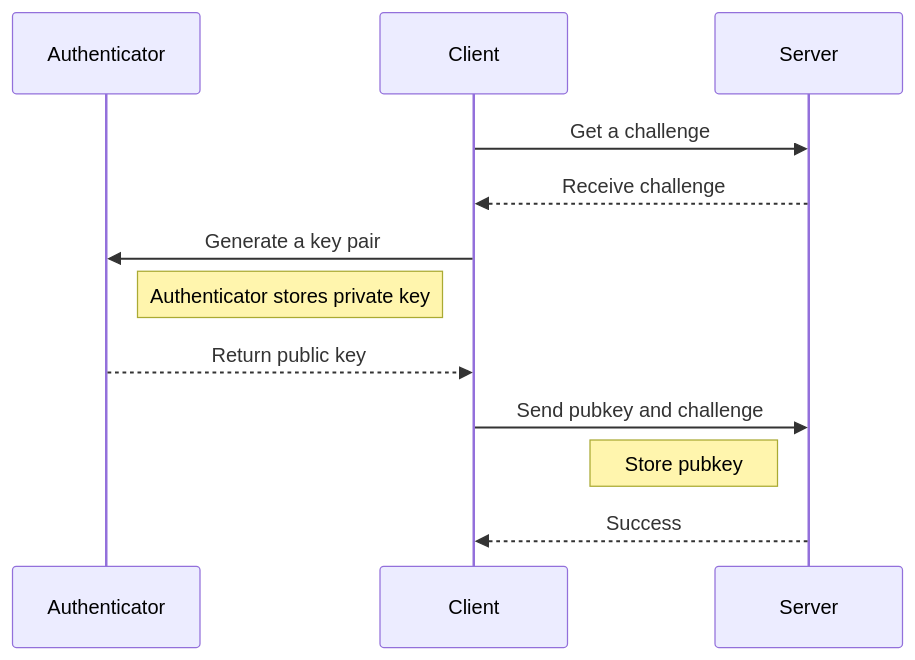
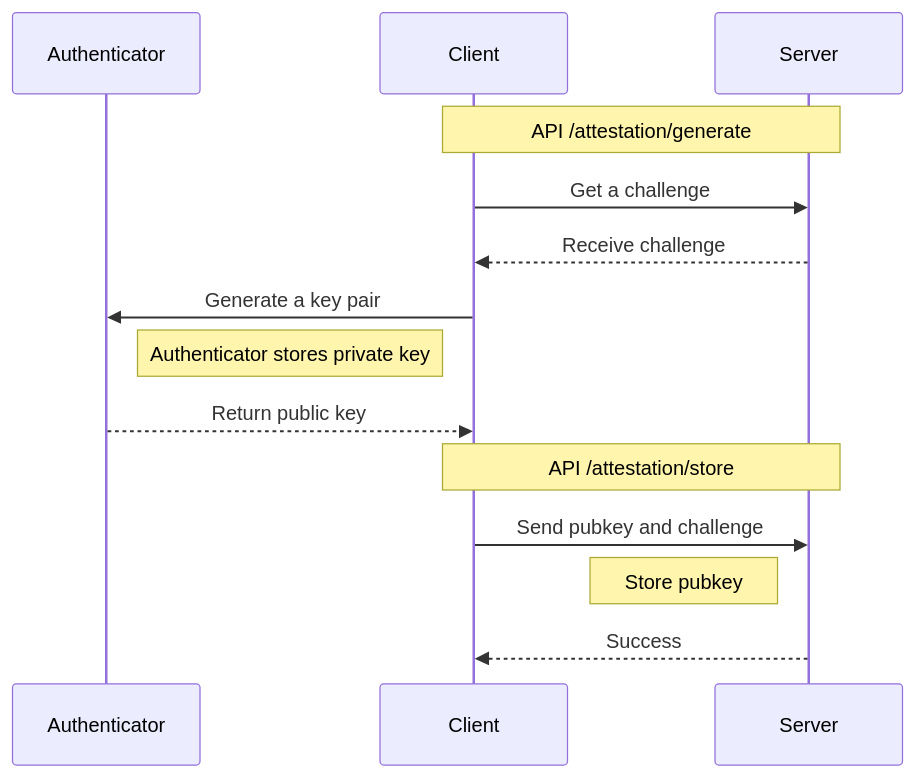
Before and after one commit to nealfennimore/passkeys: the first of 2 diagrams in README.md, drawn with Mermaid. The commit also changed other lines of this file, not shown here.

````diff
--- a/README.md
+++ b/README.md
@@ -18,18 +18,20 @@
 ```mermaid
 sequenceDiagram
 	participant A as Authenticator
 	participant C as Client
 	participant S as Server
 
 
+	note over C, S: API /attestation/generate
 	C ->> S: Get a challenge
 	S -->> C: Receive challenge
 
 	C ->> A: Generate a key pair
 	note right of A: Authenticator stores private key
 	A -->> C: Return public key
 
+	note over C, S: API /attestation/store
 	C ->> S: Send pubkey and challenge
 	note left of S: Store pubkey
 	S -->> C: Success
 ```
````
